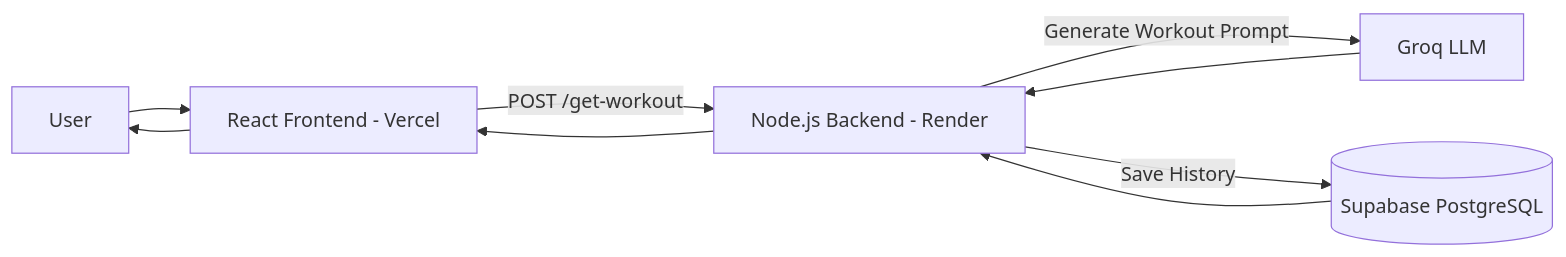
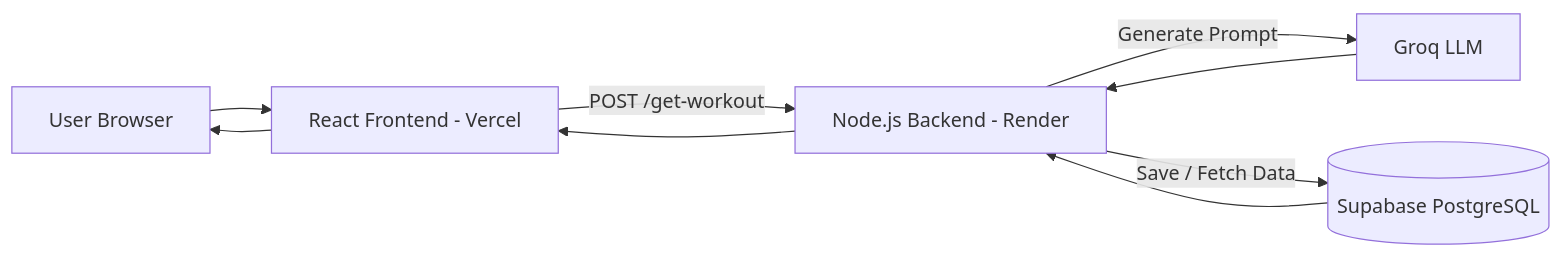
One commit to SmayanSingh/zeus-ai-fitness changed the diagram in README.md. Above: the diagram before and after it, drawn with Mermaid. The commit also changed other lines of this file, not shown here.

Commit message:
Revise architecture flow diagram in README
Updated architecture flow diagram to clarify user interaction and backend processes.

````diff
--- a/README.md
+++ b/README.md
@@ -75,11 +75,11 @@
 ```mermaid
 flowchart LR
-    U[User] --> F[React Frontend - Vercel]
+    U[User Browser] --> F[React Frontend - Vercel]
     F -->|POST /get-workout| B[Node.js Backend - Render]
-    B -->|Generate Workout Prompt| LLM[Groq LLM]
-    B -->|Save History| DB[(Supabase PostgreSQL)]
+    B -->|Generate Prompt| LLM[Groq LLM]
+    B -->|Save / Fetch Data| DB[(Supabase PostgreSQL)]
     LLM --> B
     DB --> B
     B --> F
     F --> U
 ```
````
